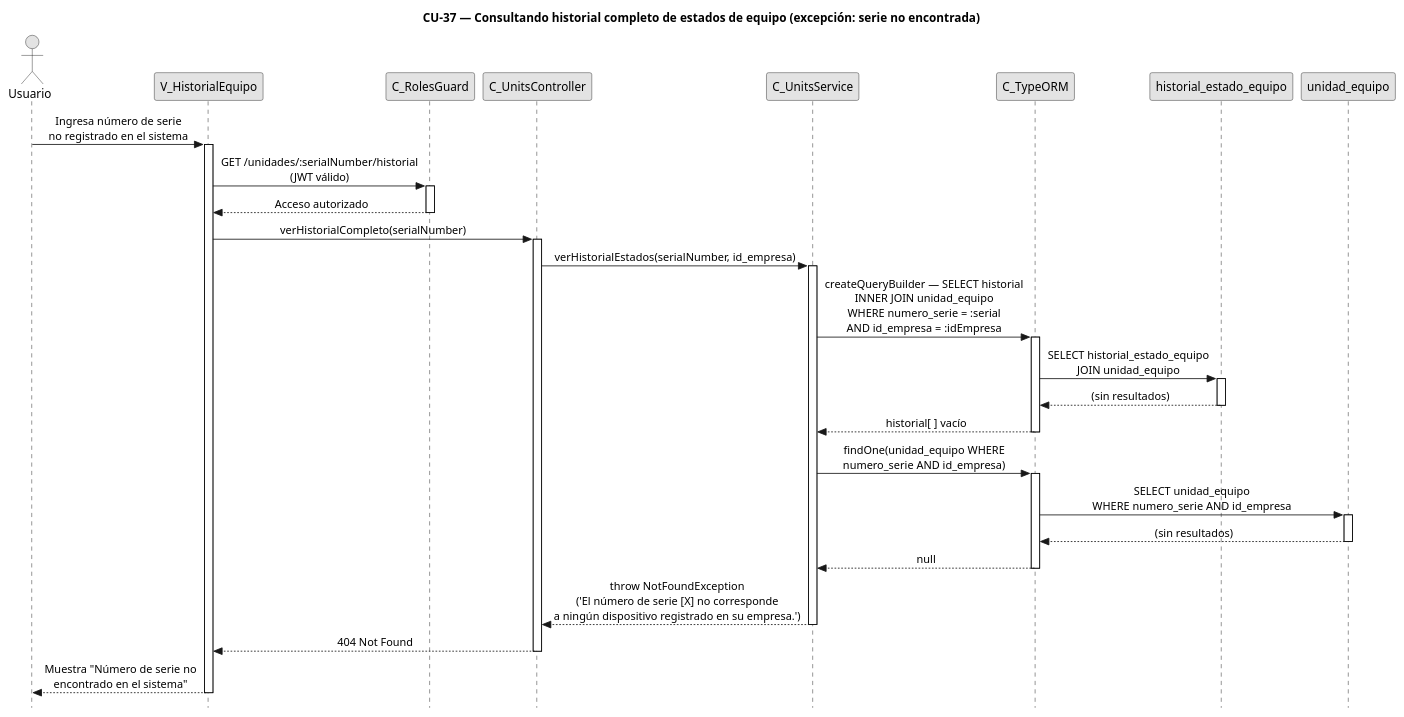
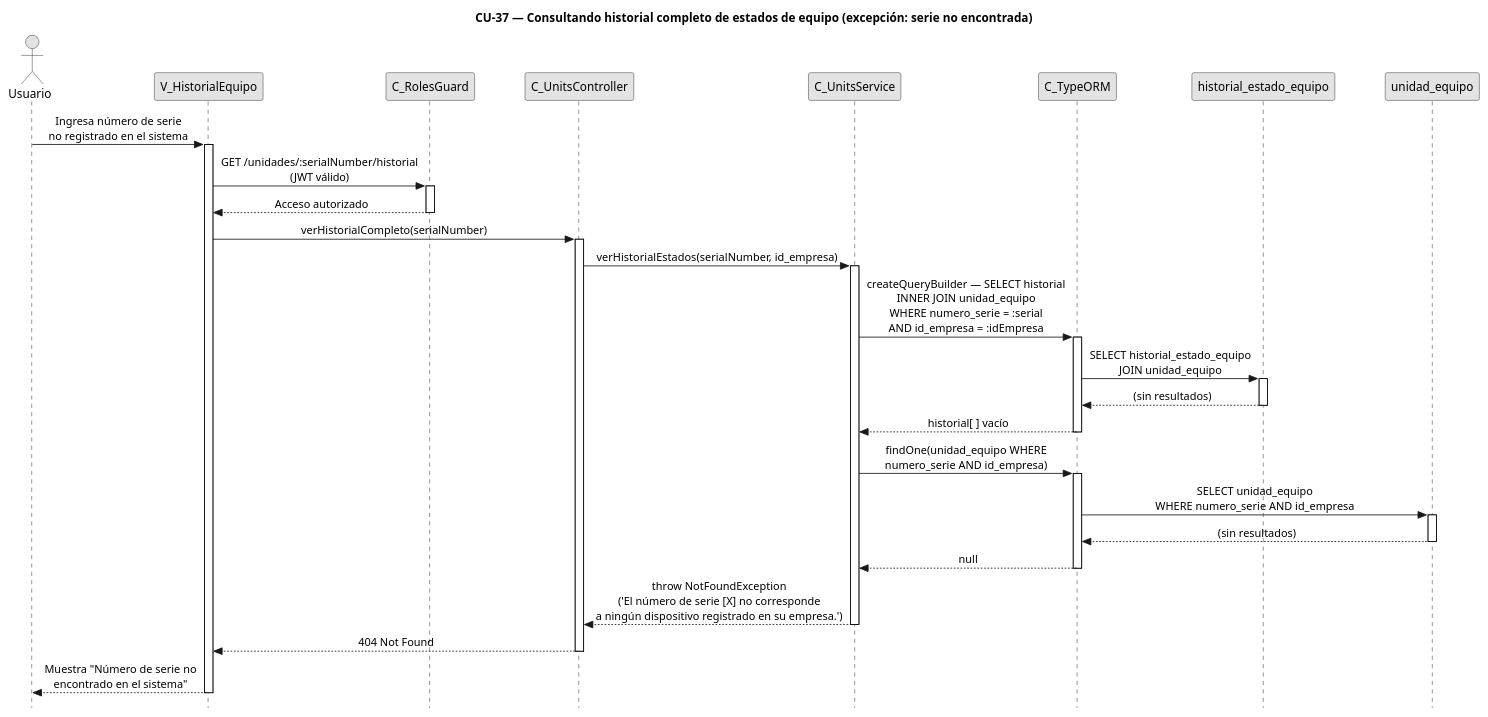
The diagram in diagramas/diagramas-secuencia/CU37/CU37-exc-serie-no-encontrada.puml (FSM-Finet-y-Cable-Magico/Team_1-Inventario-y-Bodega), drawn with PlantUML before and after one commit. The commit also changed 425 other files, not shown here.

First line of the commit message:
chore(diagramas): consolidar diagramas de secuencia corregidos como versión oficial

```diff
--- a/diagramas/diagramas-secuencia/CU37/CU37-exc-serie-no-encontrada.puml
+++ b/diagramas/diagramas-secuencia/CU37/CU37-exc-serie-no-encontrada.puml
@@ -1,78 +1,70 @@
 @startuml CU37-exc-serie-no-encontrada
 title CU-37 — Consultando historial completo de estados de equipo (excepción: serie no encontrada)
 
 skinparam style strictuml
 skinparam monochrome true
 skinparam shadowing false
 skinparam sequenceMessageAlign center
-<style>
-sequenceDiagram {
-  participant {
-    Margin 35
-  }
-  actor {
-    Margin 15
-  }
-}
-</style>
+skinparam ParticipantPadding 25
+skinparam ActorPadding 20
 skinparam sequence {
   MessageAlign center
   LifeLineBorderColor black
 }
 hide footbox
 
 actor "Usuario" as user
 participant "V_HistorialEquipo" as view
 participant "C_RolesGuard" as guard
 participant "C_UnitsController" as ctrl
 participant "C_UnitsService" as svc
 participant "C_TypeORM" as orm
 participant "historial_estado_equipo" as hist
 participant "unidad_equipo" as uent
 
 user -> view : Ingresa número de serie\nno registrado en el sistema
 activate view
 
 view -> guard : GET /unidades/:serialNumber/historial\n(JWT válido)
 activate guard
 guard --> view : Acceso autorizado
 deactivate guard
 
 view -> ctrl : verHistorialCompleto(serialNumber)
 activate ctrl
 
 ctrl -> svc : verHistorialEstados(serialNumber, id_empresa)
 activate svc
 
 svc -> orm : createQueryBuilder — SELECT historial\nINNER JOIN unidad_equipo\nWHERE numero_serie = :serial\nAND id_empresa = :idEmpresa
 activate orm
 
 orm -> hist : SELECT historial_estado_equipo\nJOIN unidad_equipo
 activate hist
 hist --> orm : (sin resultados)
 deactivate hist
 
 orm --> svc : historial[ ] vacío
 deactivate orm
 
 svc -> orm : findOne(unidad_equipo WHERE\nnumero_serie AND id_empresa)
 activate orm
 
 orm -> uent : SELECT unidad_equipo\nWHERE numero_serie AND id_empresa
 activate uent
 uent --> orm : (sin resultados)
 deactivate uent
 
 orm --> svc : null
 deactivate orm
 
 svc --> ctrl : throw NotFoundException\n('El número de serie [X] no corresponde\na ningún dispositivo registrado en su empresa.')
 deactivate svc
 
 ctrl --> view : 404 Not Found
 deactivate ctrl
 
 view --> user : Muestra "Número de serie no\nencontrado en el sistema"
 deactivate view
 
 @enduml
```
